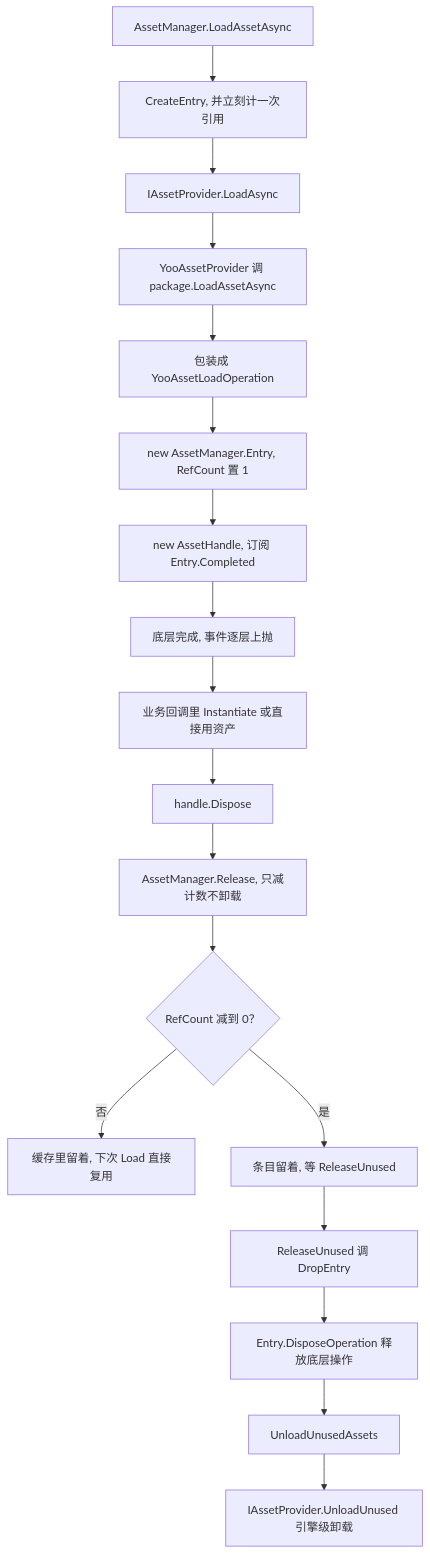
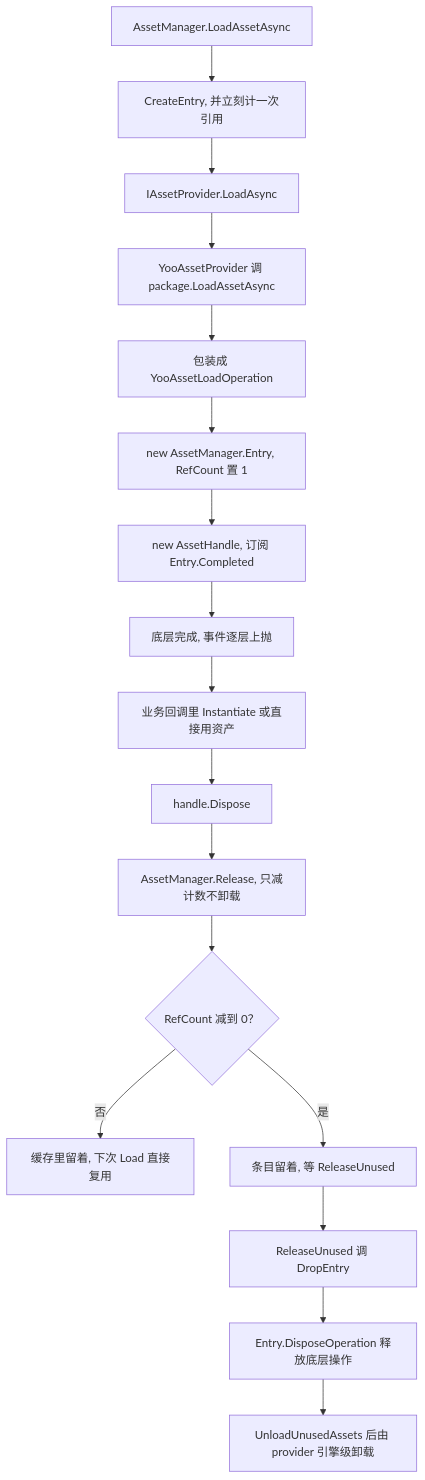
The second of 2 diagrams in Docs/教学/B2-B3-资源层.md (FridayNoob/NBC-3D-Networked-Battle), drawn with Mermaid before and after one commit. The commit also changed other lines of this file and 3 other files, not shown here.

First line of the commit message:
docs(教学): A9/B2-B3/C2/C4 配图定稿 —— 精简类图成员 + 措辞修订（结构不变：类图 + 数据流图 + 易错表）

````diff
--- a/Docs/教学/B2-B3-资源层.md
+++ b/Docs/教学/B2-B3-资源层.md
@@ -569,20 +521,19 @@
 ```mermaid
 flowchart TD
     A["AssetManager.LoadAssetAsync"] --> B["CreateEntry, 并立刻计一次引用"]
     B --> C["IAssetProvider.LoadAsync"]
     C --> D["YooAssetProvider 调 package.LoadAssetAsync"]
     D --> E["包装成 YooAssetLoadOperation"]
     E --> F["new AssetManager.Entry, RefCount 置 1"]
     F --> G["new AssetHandle, 订阅 Entry.Completed"]
     G --> H["底层完成, 事件逐层上抛"]
     H --> I["业务回调里 Instantiate 或直接用资产"]
     I --> J["handle.Dispose"]
     J --> K["AssetManager.Release, 只减计数不卸载"]
     K --> L{"RefCount 减到 0？"}
     L -- 否 --> M["缓存里留着, 下次 Load 直接复用"]
     L -- 是 --> N["条目留着, 等 ReleaseUnused"]
     N --> O["ReleaseUnused 调 DropEntry"]
     O --> P["Entry.DisposeOperation 释放底层操作"]
-    P --> Q["UnloadUnusedAssets"]
-    Q --> R["IAssetProvider.UnloadUnused 引擎级卸载"]
+    P --> Q["UnloadUnusedAssets 后由 provider 引擎级卸载"]
 ```
````
